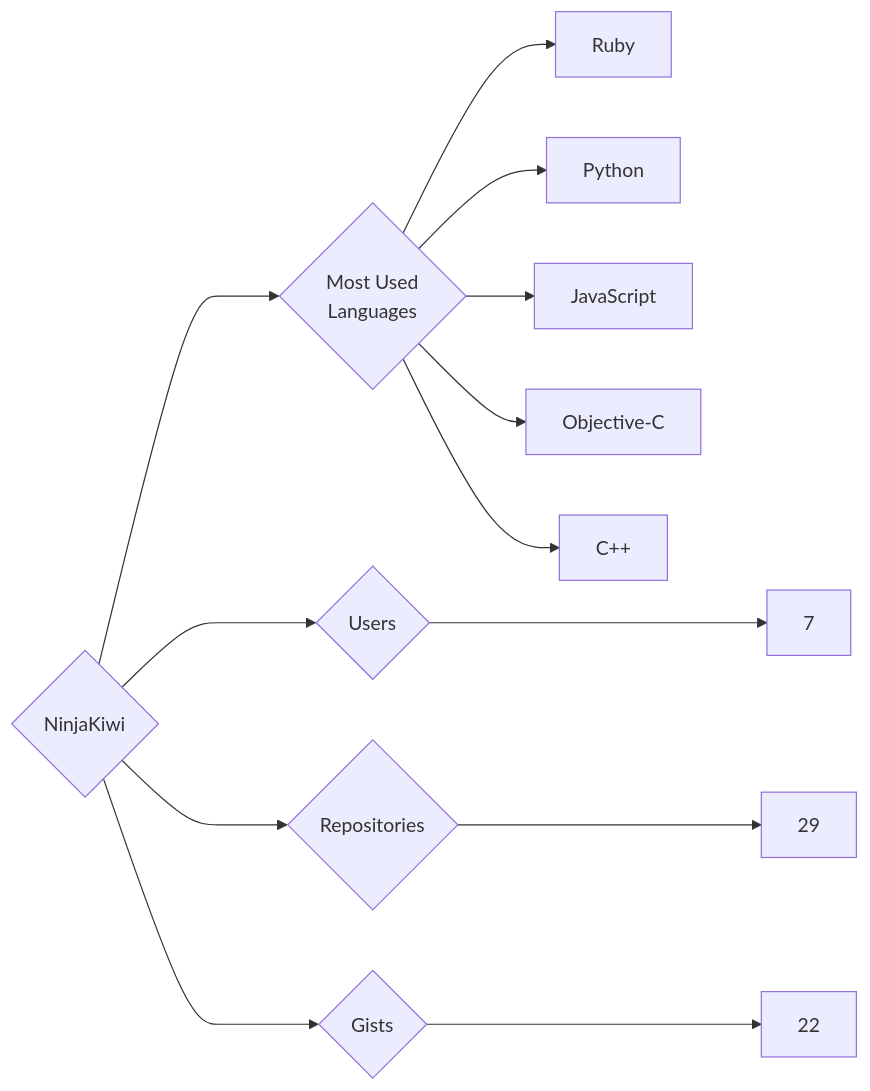
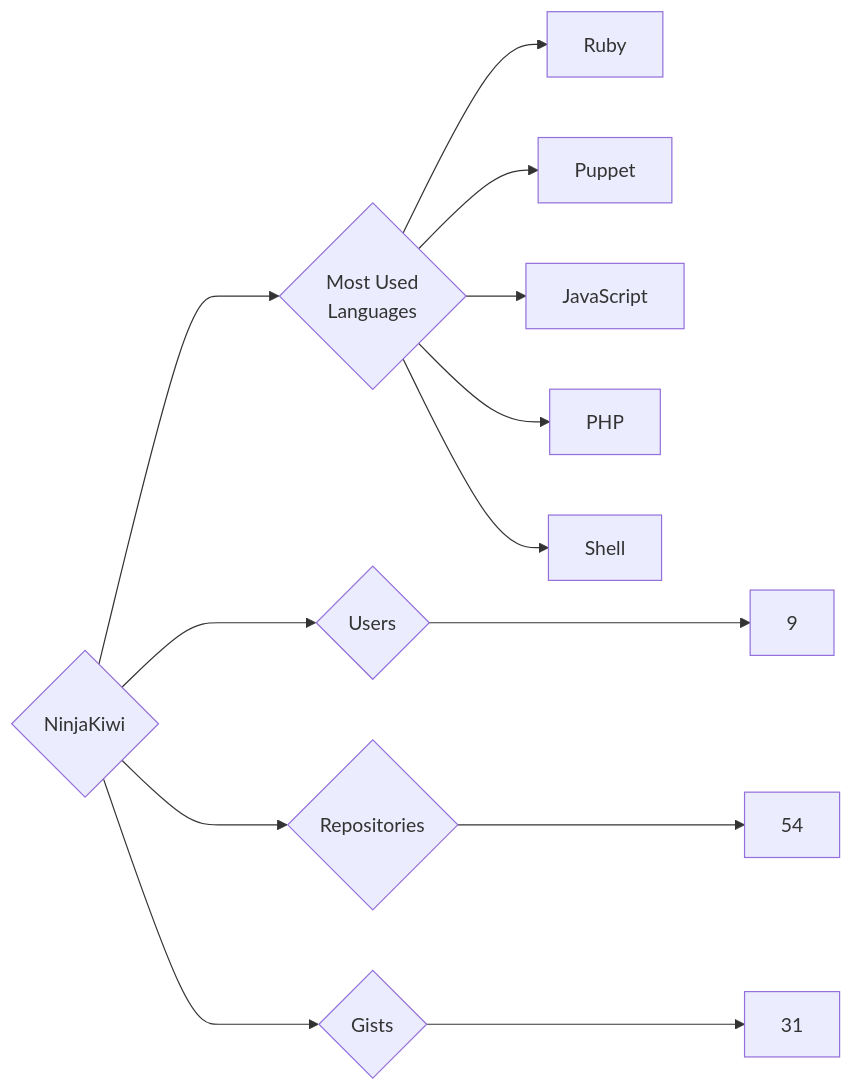
Before and after one commit to trickest/insiders: the diagram in targets/NinjaKiwi/README.md, drawn with Mermaid. The commit also changed 1696 other files, not shown here.

````diff
--- a/targets/NinjaKiwi/README.md
+++ b/targets/NinjaKiwi/README.md
@@ -3,13 +3,13 @@
 ```mermaid
 graph LR
 COMPANY_NAME{NinjaKiwi}
-COMPANY_NAME ---> U{Users} ---> UN[7]
-COMPANY_NAME ---> R{Repositories} ---> RN[29]
-COMPANY_NAME ---> G{Gists} ---> GN[22]
+COMPANY_NAME ---> U{Users} ---> UN[9]
+COMPANY_NAME ---> R{Repositories} ---> RN[54]
+COMPANY_NAME ---> G{Gists} ---> GN[31]
 COMPANY_NAME ---> ML{Most Used<br>Languages}
 ML --> Ruby[Ruby]
-ML --> Python[Python]
+ML --> Puppet[Puppet]
 ML --> JavaScript[JavaScript]
-ML --> Objective-C[Objective-C]
-ML --> C++[C++]
+ML --> PHP[PHP]
+ML --> Shell[Shell]
 ```
````
